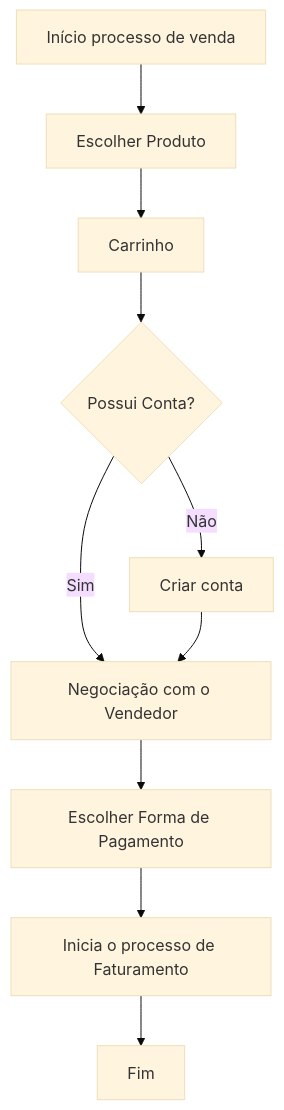
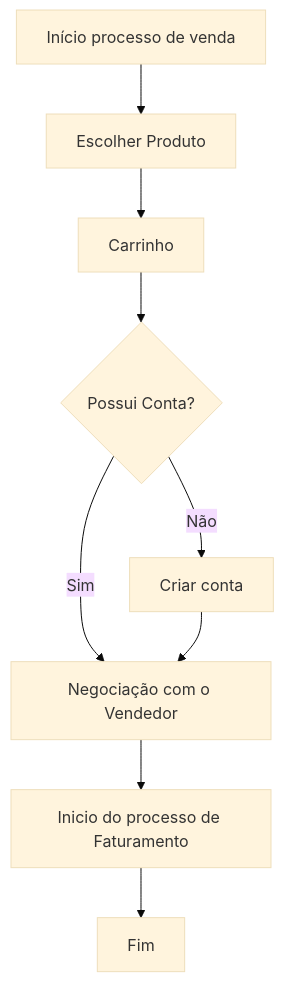
One commit to giovanni1351/EngenhariaDeSoftwareProjeto changed the fourth of 7 diagrams in Lab/Lab1.md. Above: the diagram before and after it, drawn with Mermaid (base theme). The commit also changed other lines of this file, not shown here.

````diff
--- a/Lab/Lab1.md
+++ b/Lab/Lab1.md
@@ -89,13 +99,12 @@
 ```mermaid
 graph TD;
 
     InicioVenda[Início processo de venda] --> EscolherProduto[Escolher Produto]
     EscolherProduto --> Carrinho[Carrinho]
     Carrinho --> VerificaExistenciaConta{Possui Conta?}
     VerificaExistenciaConta -- Não --> Cadastrar[Criar conta]
     VerificaExistenciaConta -- Sim --> Negociar[Negociação com o Vendedor]
     Cadastrar --> Negociar
-    Negociar --> FormaPagamento[Escolher Forma de Pagamento]
-    FormaPagamento --> Pagar1[Inicia o processo de Faturamento]
-    Pagar1 --> FimVenda[Fim]
+    Negociar --> ProcessoFaturamento[Inicio do processo de Faturamento]
+    ProcessoFaturamento --> FimVenda[Fim]
 ```
````
